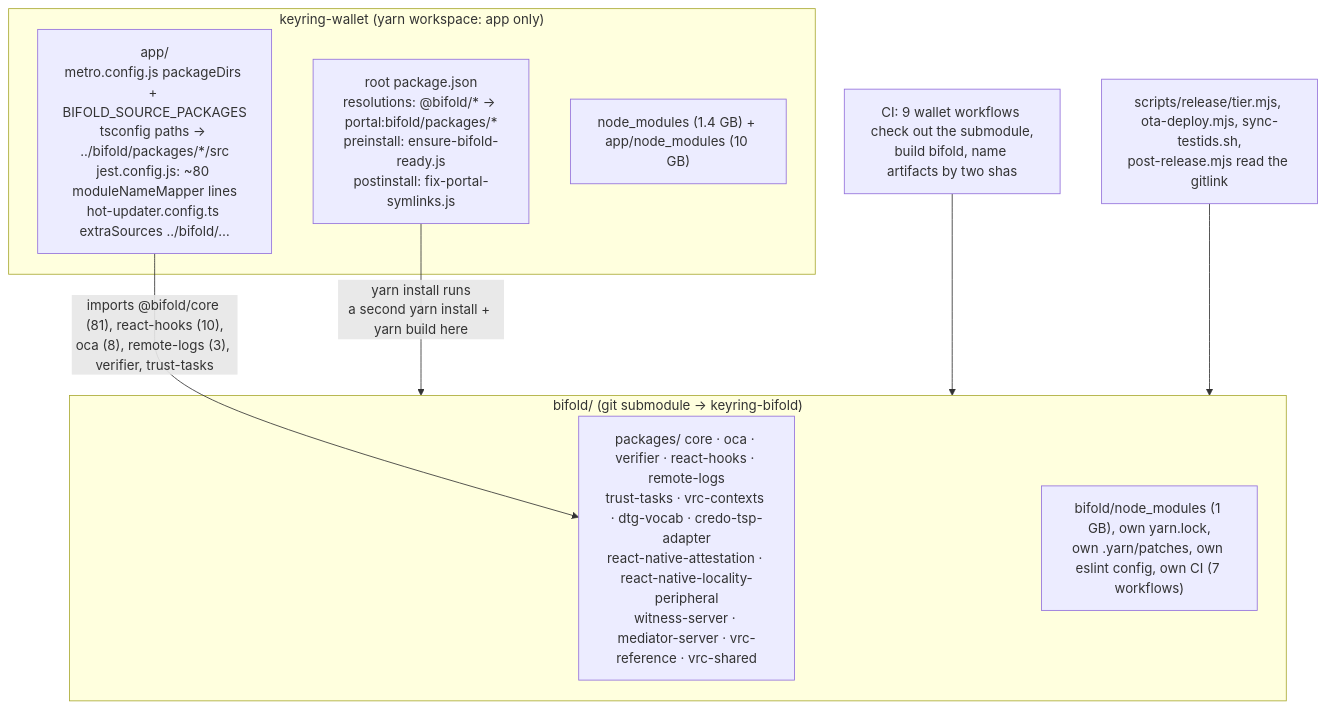
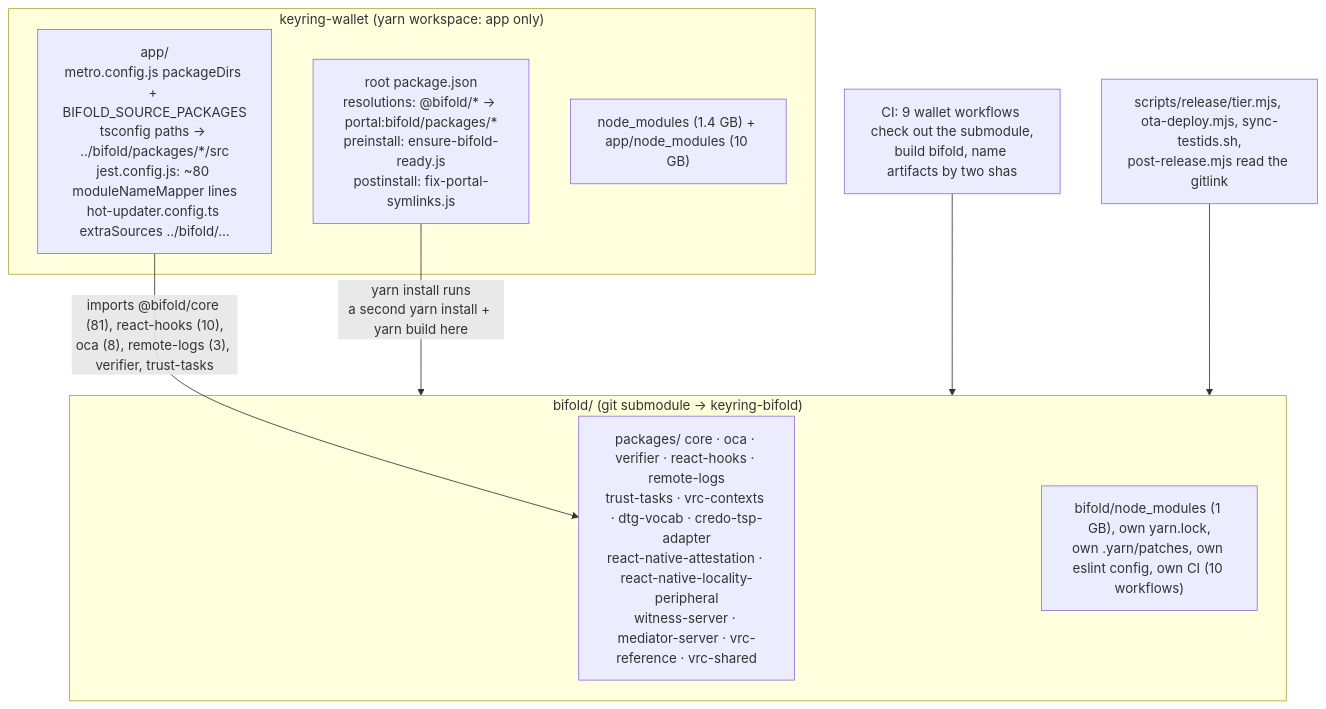
Before and after one commit to berkmancenter/keyring-wallet: the second of 5 diagrams in docs/plans/single-codebase-plan.md, drawn with Mermaid. The commit also changed other lines of this file and 1 other file, not shown here.

````diff
--- a/docs/plans/single-codebase-plan.md
+++ b/docs/plans/single-codebase-plan.md
@@ -67,16 +67,16 @@
 ```mermaid
 flowchart TB
   subgraph wallet["keyring-wallet (yarn workspace: app only)"]
     root["root package.json<br/>resolutions: @bifold/* → portal:bifold/packages/*<br/>preinstall: ensure-bifold-ready.js<br/>postinstall: fix-portal-symlinks.js"]
     app["app/<br/>metro.config.js packageDirs + BIFOLD_SOURCE_PACKAGES<br/>tsconfig paths → ../bifold/packages/*/src<br/>jest.config.js: ~80 moduleNameMapper lines<br/>hot-updater.config.ts extraSources ../bifold/…"]
     nm1["node_modules (1.4 GB) + app/node_modules (10 GB)"]
   end
   subgraph sub["bifold/ (git submodule → keyring-bifold)"]
     pk["packages/ core · oca · verifier · react-hooks · remote-logs<br/>trust-tasks · vrc-contexts · dtg-vocab · credo-tsp-adapter<br/>react-native-attestation · react-native-locality-peripheral<br/>witness-server · mediator-server · vrc-reference · vrc-shared"]
-    nm2["bifold/node_modules (1 GB), own yarn.lock,<br/>own .yarn/patches, own eslint config, own CI (7 workflows)"]
+    nm2["bifold/node_modules (1 GB), own yarn.lock,<br/>own .yarn/patches, own eslint config, own CI (10 workflows)"]
   end
   root -- "yarn install runs<br/>a second yarn install + yarn build here" --> sub
   app -- "imports @bifold/core (81), react-hooks (10),<br/>oca (8), remote-logs (3), verifier, trust-tasks" --> pk
   ci["CI: 9 wallet workflows check out the submodule,<br/>build bifold, name artifacts by two shas"] --> sub
   rel["scripts/release/tier.mjs, ota-deploy.mjs, sync-testids.sh,<br/>post-release.mjs read the gitlink"] --> sub
 ```
````
